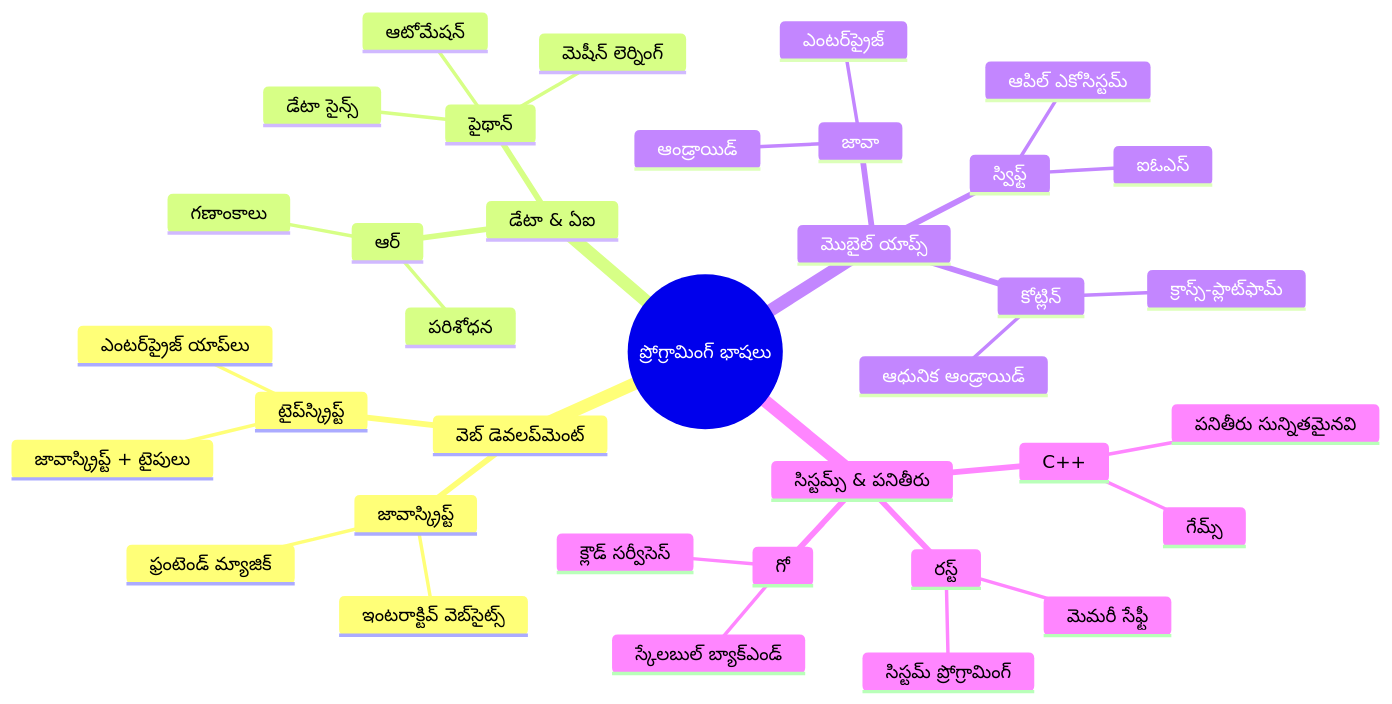
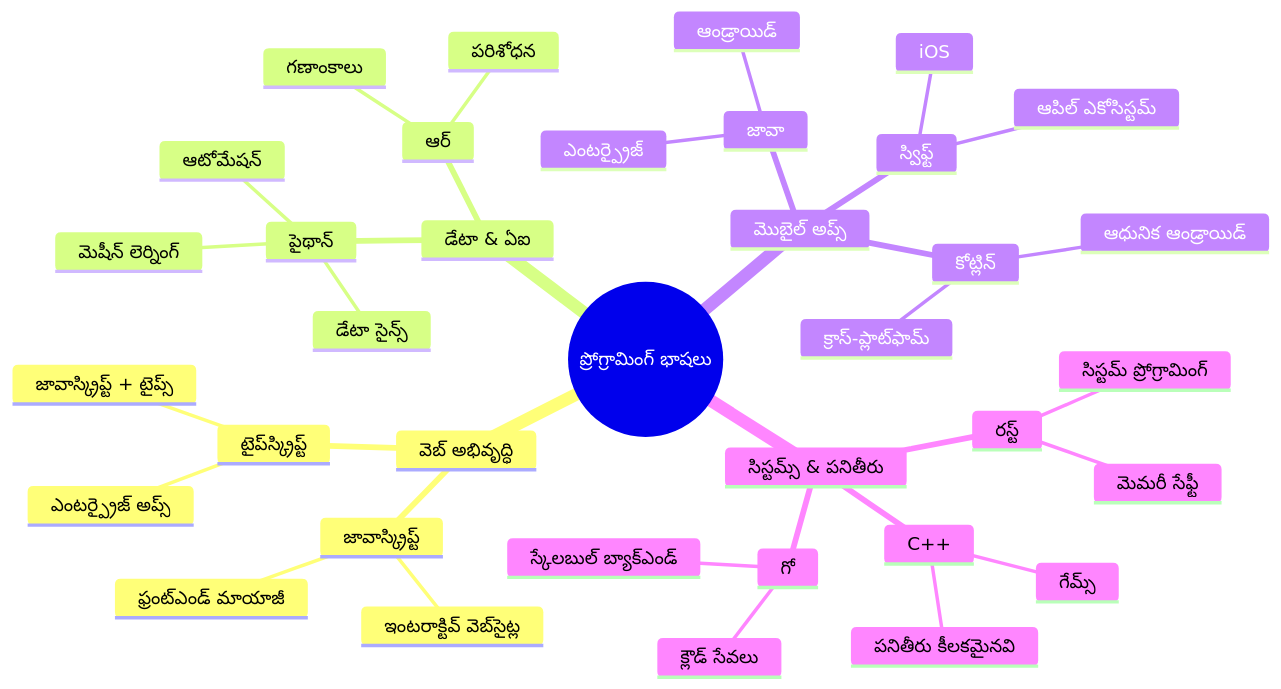
One commit to microsoft/Web-Dev-For-Beginners changed the second of 7 diagrams in translations/te/1-getting-started-lessons/1-intro-to-programming-languages/README.md. Above: the diagram before and after it, drawn with Mermaid. The commit also changed other lines of this file and 13 other files, not shown here.

````diff
--- a/translations/te/1-getting-started-lessons/1-intro-to-programming-languages/README.md
+++ b/translations/te/1-getting-started-lessons/1-intro-to-programming-languages/README.md
@@ -85,39 +84,39 @@
 ```mermaid
 mindmap
   root((ప్రోగ్రామింగ్ భాషలు))
-    వెబ్ డెవలప్‌మెంట్
+    వెబ్ అభివృద్ధి
       జావాస్క్రిప్ట్
-        ఫ్రంటెండ్ మ్యాజిక్
-        ఇంటరాక్టివ్ వెబ్‌సైట్స్
+        ఫ్రంట్‌ఎండ్ మాయాజీ
+        ఇంటరాక్టివ్ వెబ్‌సైట్ల
       టైప్‌స్క్రిప్ట్
-        జావాస్క్రిప్ట్ + టైపులు
-        ఎంటర్‌ప్రైజ్ యాప్‌లు
+        జావాస్క్రిప్ట్ + టైప్స్
+        ఎంటర్ప్రైజ్ అప్స్
     డేటా & ఏఐ
       పైథాన్
         డేటా సైన్స్
         మెషీన్ లెర్నింగ్
         ఆటోమేషన్
       ఆర్
         గణాంకాలు
         పరిశోధన
-    మొబైల్ యాప్స్
+    మొబైల్ అప్స్
       జావా
         ఆండ్రాయిడ్
-        ఎంటర్‌ప్రైజ్
+        ఎంటర్ప్రైజ్
       స్విఫ్ట్
-        ఐఓఎస్
+        iOS
         ఆపిల్ ఎకోసిస్టమ్
       కోట్లిన్
         ఆధునిక ఆండ్రాయిడ్
-        క్రాస్స్-ప్లాట్‌ఫామ్
+        క్రాస్-ప్లాట్‌ఫామ్
     సిస్టమ్స్ & పనితీరు
       C++
         గేమ్స్
-        పనితీరు సున్నితమైనవి
+        పనితీరు కీలకమైనవి
       రస్ట్
         మెమరీ సేఫ్టీ
         సిస్టమ్ ప్రోగ్రామింగ్
       గో
-        క్లౌడ్ సర్వీసెస్
+        క్లౌడ్ సేవలు
         స్కేలబుల్ బ్యాక్‌ఎండ్
 ```
````
